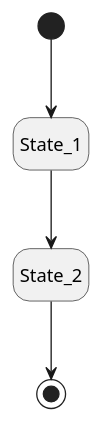
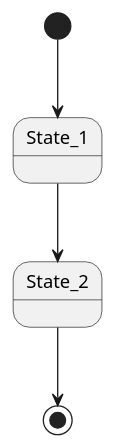
Before and after one commit to doljae/toy: the diagram in guard.puml, drawn with PlantUML. The commit also changed 2 other files, not shown here.

```diff
--- a/guard.puml
+++ b/guard.puml
@@ -1,9 +1,9 @@
 @startuml
-hide empty description
+
 state State_2
 state State_1
 
 [*] --> State_1
 State_1 --> State_2
 State_2 --> [*]
 @enduml
```
